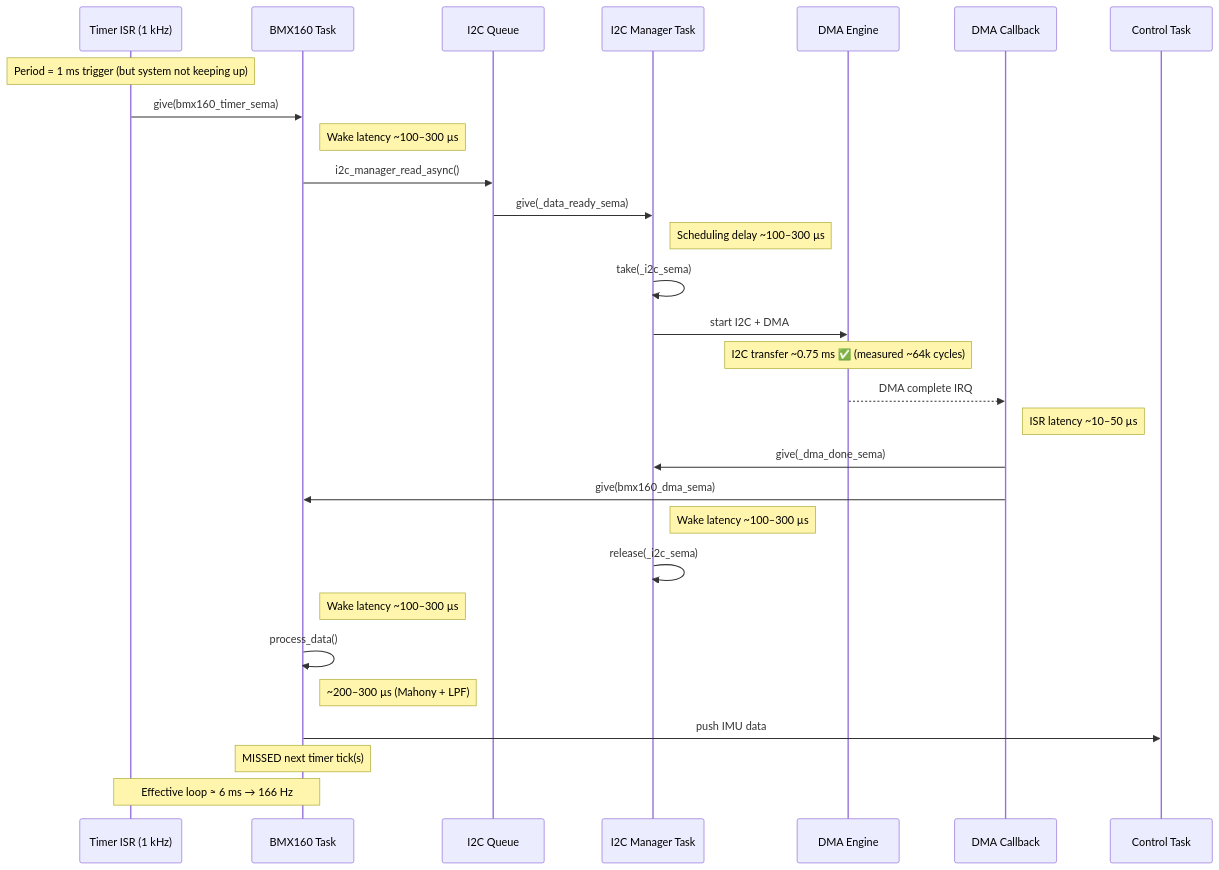
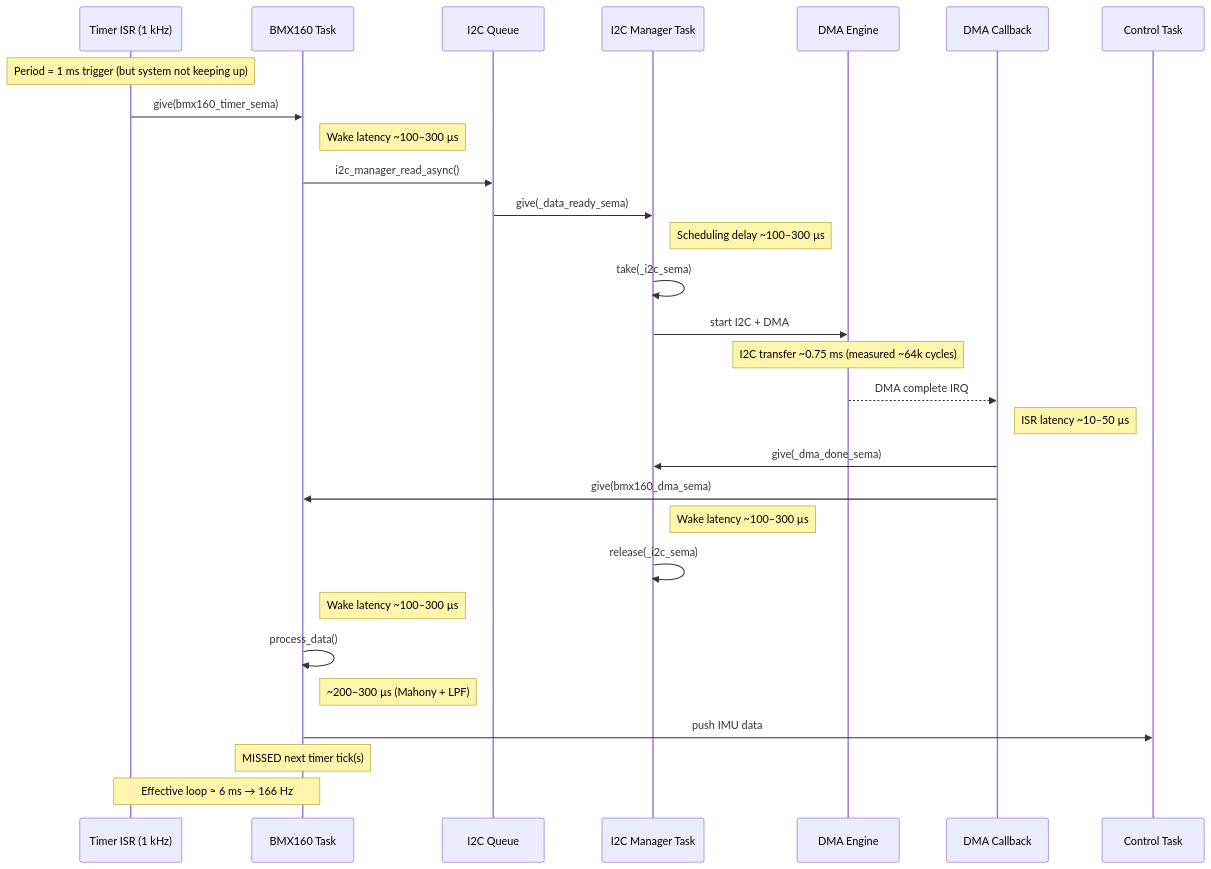
One commit to ragnar-vallhala/vayu changed the second of 2 diagrams in docs/imu/sensor_data_flow.md. Above: the diagram before and after it, drawn with Mermaid. The commit also changed 31 other files, not shown here.

````diff
--- a/docs/imu/sensor_data_flow.md
+++ b/docs/imu/sensor_data_flow.md
@@ -55,45 +55,45 @@
 ```mermaid
 sequenceDiagram
     participant T as Timer ISR (1 kHz)
     participant IMU as BMX160 Task
     participant Q as I2C Queue
     participant I2C as I2C Manager Task
     participant DMA as DMA Engine
     participant ISR as DMA Callback
     participant CTRL as Control Task
 
     Note over T: Period = 1 ms trigger (but system not keeping up)
 
     T->>IMU: give(bmx160_timer_sema)
     Note right of IMU: Wake latency ~100–300 µs
 
     IMU->>Q: i2c_manager_read_async()
     Q->>I2C: give(_data_ready_sema)
 
     Note right of I2C: Scheduling delay ~100–300 µs
 
     I2C->>I2C: take(_i2c_sema)
     I2C->>DMA: start I2C + DMA
 
-    Note over DMA: I2C transfer ~0.75 ms ✅ (measured ~64k cycles)
+    Note over DMA: I2C transfer ~0.75 ms  (measured ~64k cycles)
 
     DMA-->>ISR: DMA complete IRQ
 
     Note right of ISR: ISR latency ~10–50 µs
 
     ISR->>I2C: give(_dma_done_sema)
     ISR->>IMU: give(bmx160_dma_sema)
 
     Note right of I2C: Wake latency ~100–300 µs
     I2C->>I2C: release(_i2c_sema)
 
     Note right of IMU: Wake latency ~100–300 µs
 
     IMU->>IMU: process_data()
     Note right of IMU: ~200–300 µs (Mahony + LPF)
 
     IMU->>CTRL: push IMU data
 
     Note over IMU: MISSED next timer tick(s)
     Note over T,IMU: Effective loop ≈ 6 ms → 166 Hz
 ```
````
